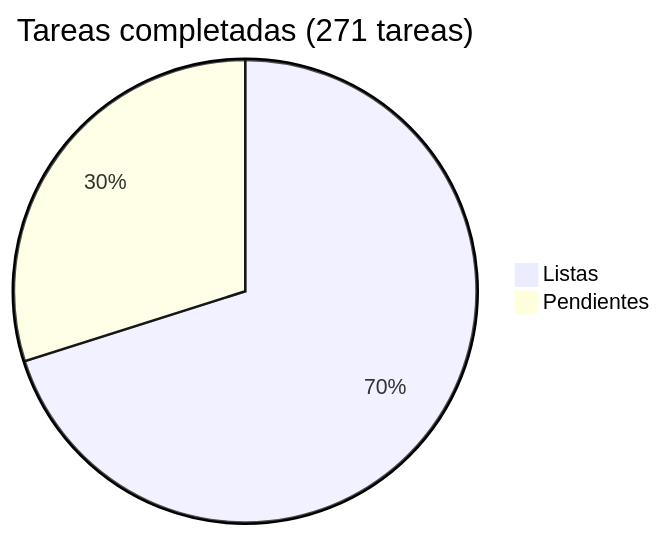
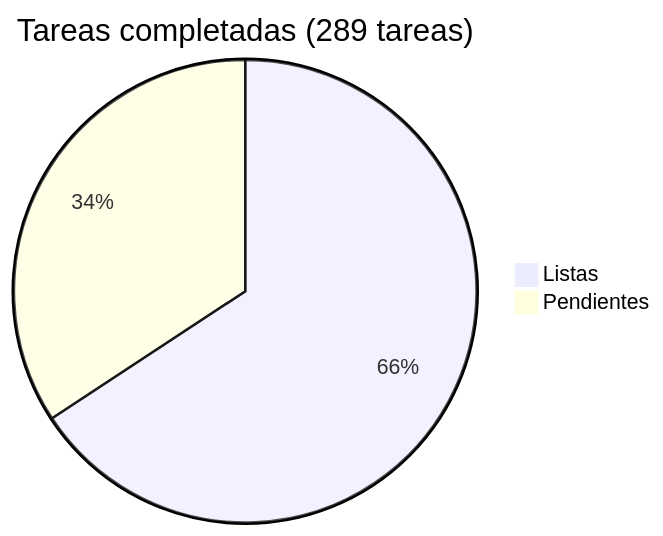
One commit to araguaney-lat/araguaney changed the diagram in docs/roadmap/README.md. Above: the diagram before and after it, drawn with Mermaid. The commit also changed other lines of this file and 1 other file, not shown here.

Commit message:
docs: add Phase 13 compliance and legal roadmap
Grupo A (necesario ahora): aviso de privacidad, terminos y condiciones,
aceptacion en registro, links en footer, declaracion de trazado de IP,
politica de cookies, versionado legal, ejercicio de derechos ARCO.

Grupo B (al habilitar donaciones de dinero): estructura juridica/fiscal,
asesoria legal MX, separacion contable, ampliacion del aviso, terminos de
donacion, transparencia de fondos, seguridad de pagos (PCI-DSS minimo).

````diff
--- a/docs/roadmap/README.md
+++ b/docs/roadmap/README.md
@@ -5,5 +5,5 @@
 ```mermaid
-pie title Tareas completadas (271 tareas)
+pie title Tareas completadas (289 tareas)
     "Listas" : 190
-    "Pendientes" : 81
+    "Pendientes" : 99
 ```
````
